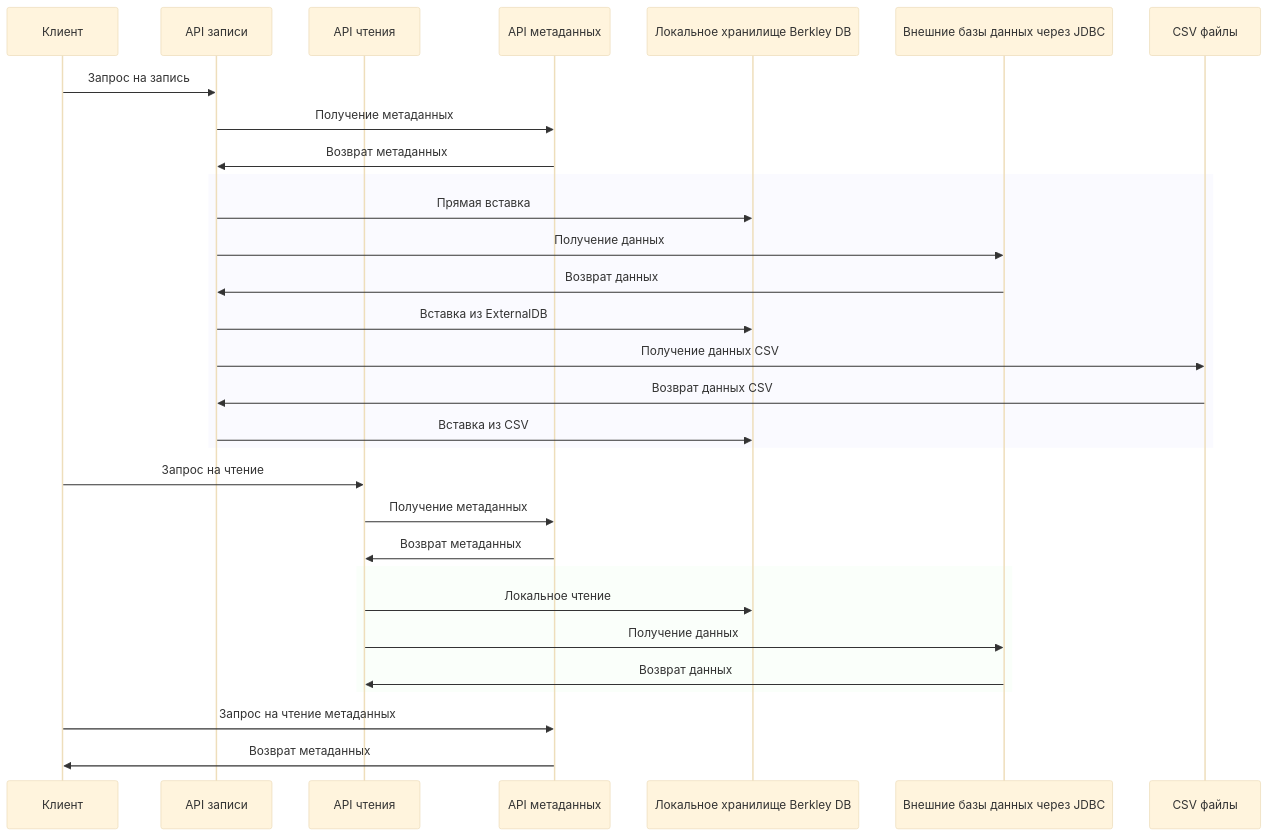
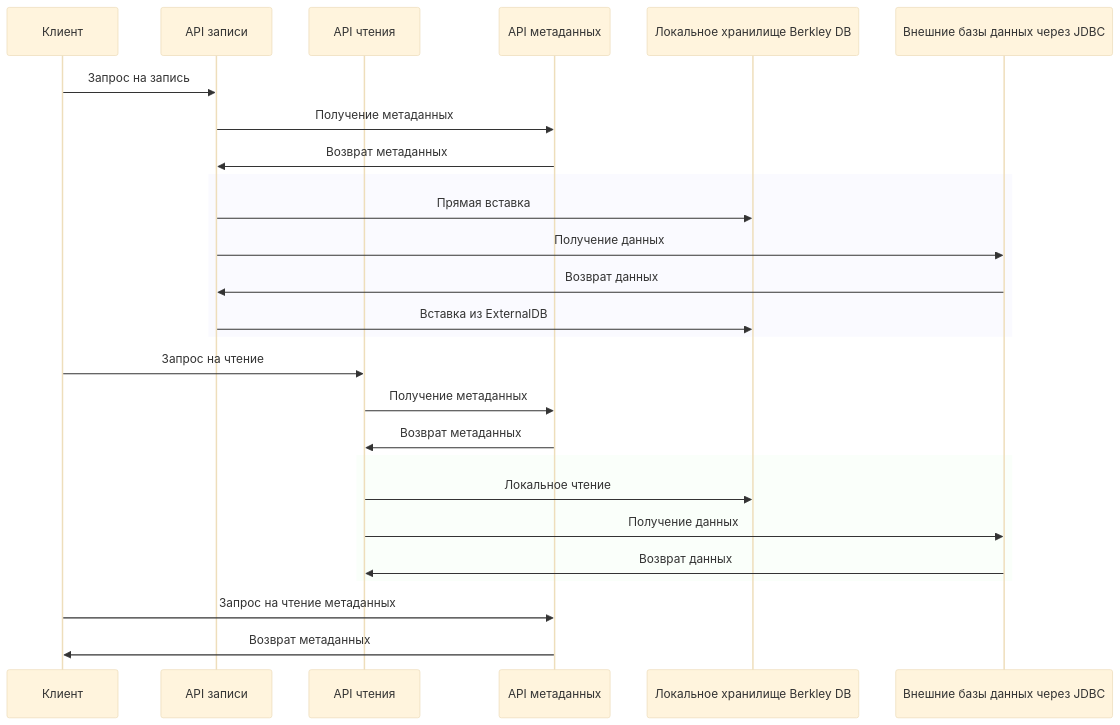
One commit to akardapolov/dimension-db changed the second of 2 diagrams in README-RU.md. Above: the diagram before and after it, drawn with Mermaid (base theme). The commit also changed other lines of this file and 49 other files, not shown here.

````diff
--- a/README-RU.md
+++ b/README-RU.md
@@ -494,37 +490,33 @@
 ```mermaid
 sequenceDiagram
   participant Client as Клиент
   participant DStore_Write as API записи
   participant DStore_Read as API чтения
   participant MetadataAPI as API метаданных
   participant LocalDB as Локальное хранилище Berkley DB
   participant ExternalDB as Внешние базы данных через JDBC
-  participant CSV as CSV файлы
 
   Client->>DStore_Write: Запрос на запись
   DStore_Write->>MetadataAPI: Получение метаданных
   MetadataAPI->>DStore_Write: Возврат метаданных
 
   rect rgba(200, 200, 255, 0.1)
     DStore_Write->>LocalDB: Прямая вставка
     DStore_Write->>ExternalDB: Получение данных
     ExternalDB->>DStore_Write: Возврат данных
     DStore_Write->>LocalDB: Вставка из ExternalDB
-    DStore_Write->>CSV: Получение данных CSV
-    CSV->>DStore_Write: Возврат данных CSV
-    DStore_Write->>LocalDB: Вставка из CSV
   end
 
   Client->>DStore_Read: Запрос на чтение
   DStore_Read->>MetadataAPI: Получение метаданных
   MetadataAPI->>DStore_Read: Возврат метаданных
 
   rect rgba(200, 255, 200, 0.1)
     DStore_Read->>LocalDB: Локальное чтение
     DStore_Read->>ExternalDB: Получение данных
     ExternalDB->>DStore_Read: Возврат данных
   end
 
   Client->>MetadataAPI: Запрос на чтение метаданных
   MetadataAPI->>Client: Возврат метаданных
 ```
````
